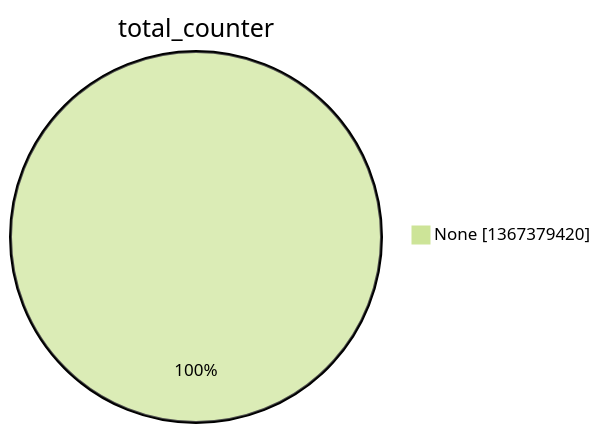
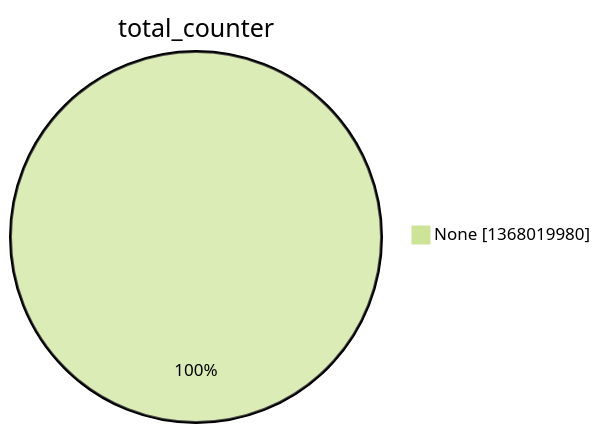
One commit to christiankrug/ctmonitor_visualization changed the second of 15 diagrams in argon2022/README.md. Above: the diagram before and after it, drawn with Mermaid (forest theme). The commit also changed other lines of this file, not shown here.

````diff
--- a/argon2022/README.md
+++ b/argon2022/README.md
@@ -9,5 +9,5 @@
 ```mermaid
 pie showData
 title total_counter
-"None" :1367379420
+"None" :1368019980
 ```
````
